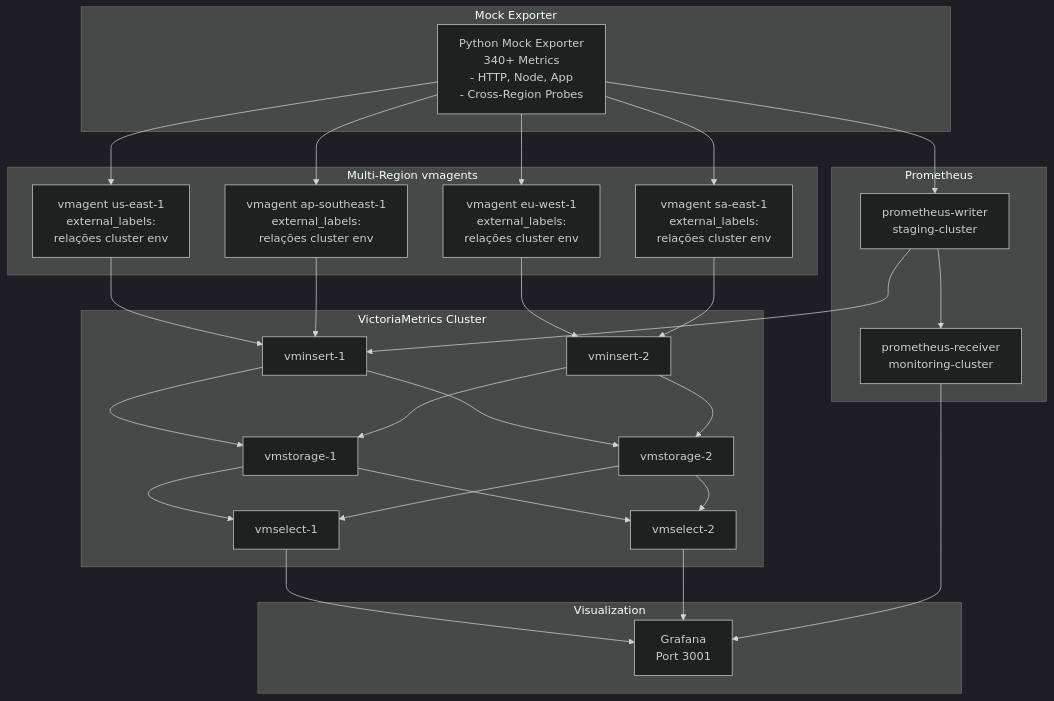
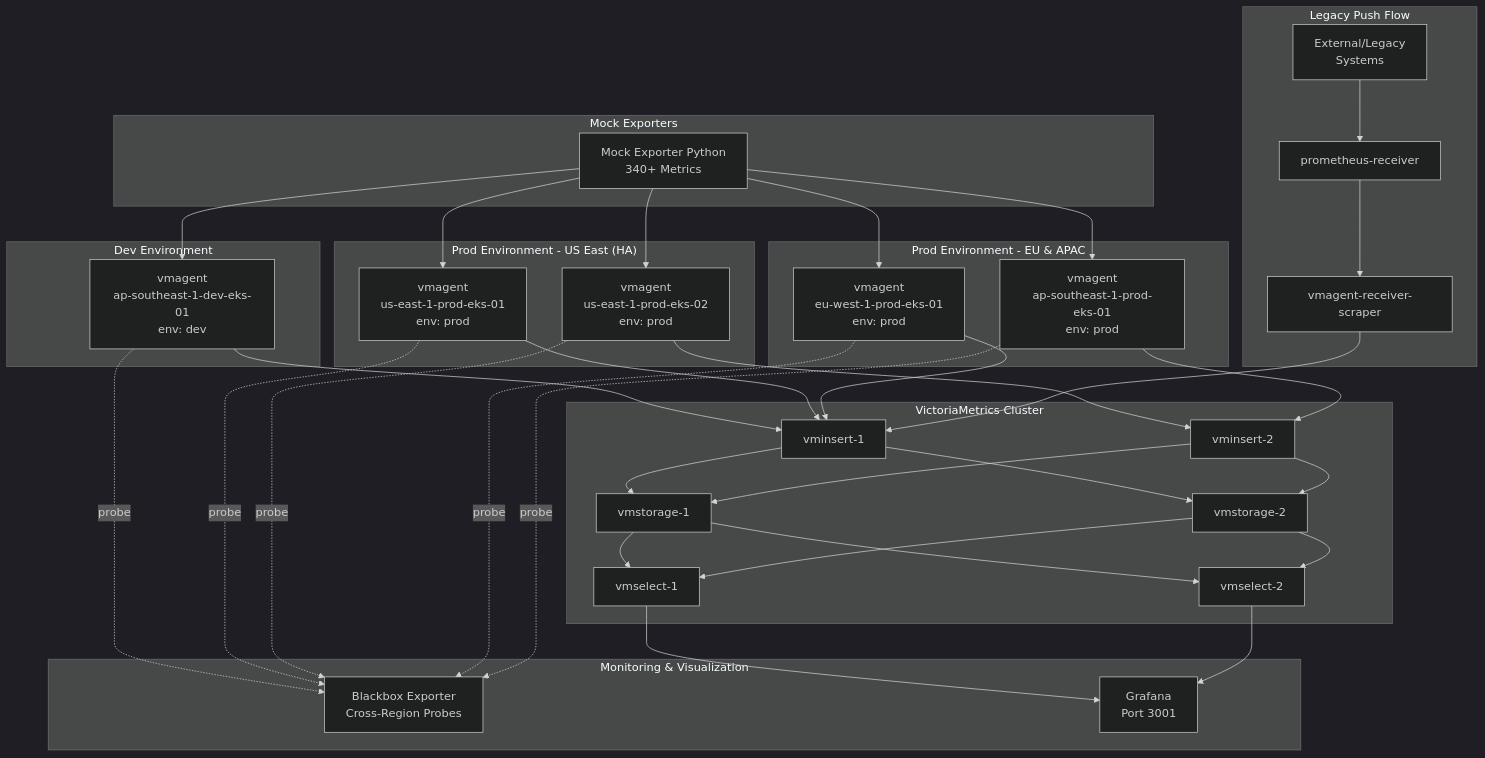
Before and after one commit to duyne-me/prom-remote-write: the diagram in README.md, drawn with Mermaid (dark theme). The commit also changed other lines of this file and 30 other files, not shown here.

````diff
--- a/README.md
+++ b/README.md
@@ -7,44 +7,58 @@
 ```mermaid
 graph TB
-    subgraph "Mock Exporter"
-        ME[Python Mock Exporter<br/>340+ Metrics<br/>- HTTP, Node, App<br/>- Cross-Region Probes]
+    subgraph "Mock Exporters"
+        ME[Mock Exporter Python<br/>340+ Metrics]
     end
     
-    subgraph "Multi-Region vmagents"
-        VMA1[vmagent us-east-1<br/>external_labels:<br/> relações cluster env]
-        VMA2[vmagent eu-west-1<br/>external_labels:<br/> relações cluster env]
-        VMA3[vmagent ap-southeast-1<br/>external_labels:<br/> relações cluster env]
-        VMA4[vmagent sa-east-1<br/>external_labels:<br/> relações cluster env]
+    subgraph "Dev Environment"
+        VMA_DEV[vmagent<br/>ap-southeast-1-dev-eks-01<br/>env: dev]
+    end
+    
+    subgraph "Prod Environment - US East (HA)"
+        VMA_US1[vmagent<br/>us-east-1-prod-eks-01<br/>env: prod]
+        VMA_US2[vmagent<br/>us-east-1-prod-eks-02<br/>env: prod]
+    end
+    
+    subgraph "Prod Environment - EU & APAC"
+        VMA_EU[vmagent<br/>eu-west-1-prod-eks-01<br/>env: prod]
+        VMA_AP[vmagent<br/>ap-southeast-1-prod-eks-01<br/>env: prod]
+    end
+    
+    subgraph "Legacy Push Flow"
+        EXT[External/Legacy<br/>Systems]
+        PR[prometheus-receiver]
+        VMA_RCV[vmagent-receiver-scraper]
     end
     
     subgraph "VictoriaMetrics Cluster"
         VMI1[vminsert-1]
         VMI2[vminsert-2]
         VMS1[vmselect-1]
         VMS2[vmselect-2]
         VMST1[vmstorage-1]
         VMST2[vmstorage-2]
     end
     
-    subgraph "Prometheus"
-        PW[prometheus-writer<br/>staging-cluster]
-        PR[prometheus-receiver<br/>monitoring-cluster]
-    end
-    
-    subgraph "Visualization"
+    subgraph "Monitoring & Visualization"
+        BB[Blackbox Exporter<br/>Cross-Region Probes]
         G[Grafana<br/>Port 3001]
     end
     
-    ME --> VMA1 & VMA2 & VMA3 & VMA4 & PW
+    ME --> VMA_DEV & VMA_US1 & VMA_US2 & VMA_EU & VMA_AP
     
-    VMA1 & VMA3 --> VMI1
-    VMA2 & VMA4 --> VMI2
-    PW --> VMI1
-    PW --> PR
+    VMA_DEV --> VMI1
+    VMA_US1 --> VMI1
+    VMA_US2 --> VMI2
+    VMA_EU --> VMI1
+    VMA_AP --> VMI2
+    
+    EXT --> PR
+    PR --> VMA_RCV
+    VMA_RCV --> VMI1
+    
+    VMA_DEV & VMA_US1 & VMA_US2 & VMA_EU & VMA_AP -.probe.-> BB
     
     VMI1 & VMI2 --> VMST1 & VMST2
     VMST1 & VMST2 --> VMS1 & VMS2
-    
     VMS1 & VMS2 --> G
-    PR --> G
 ```
````
